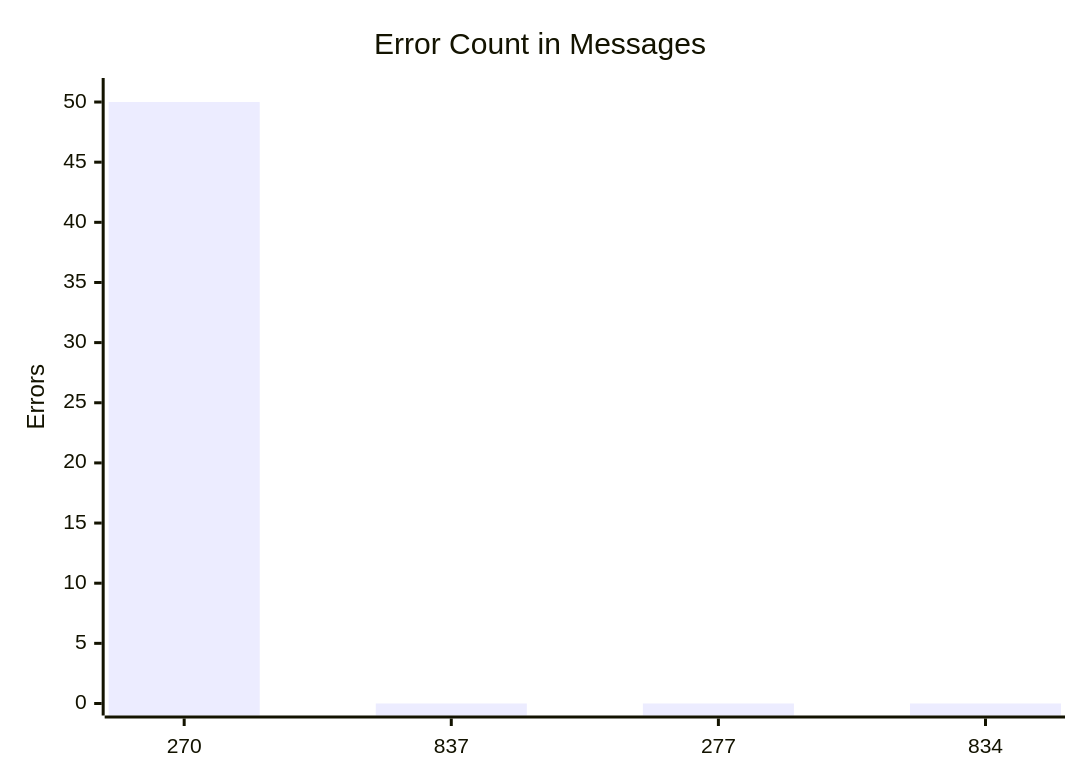
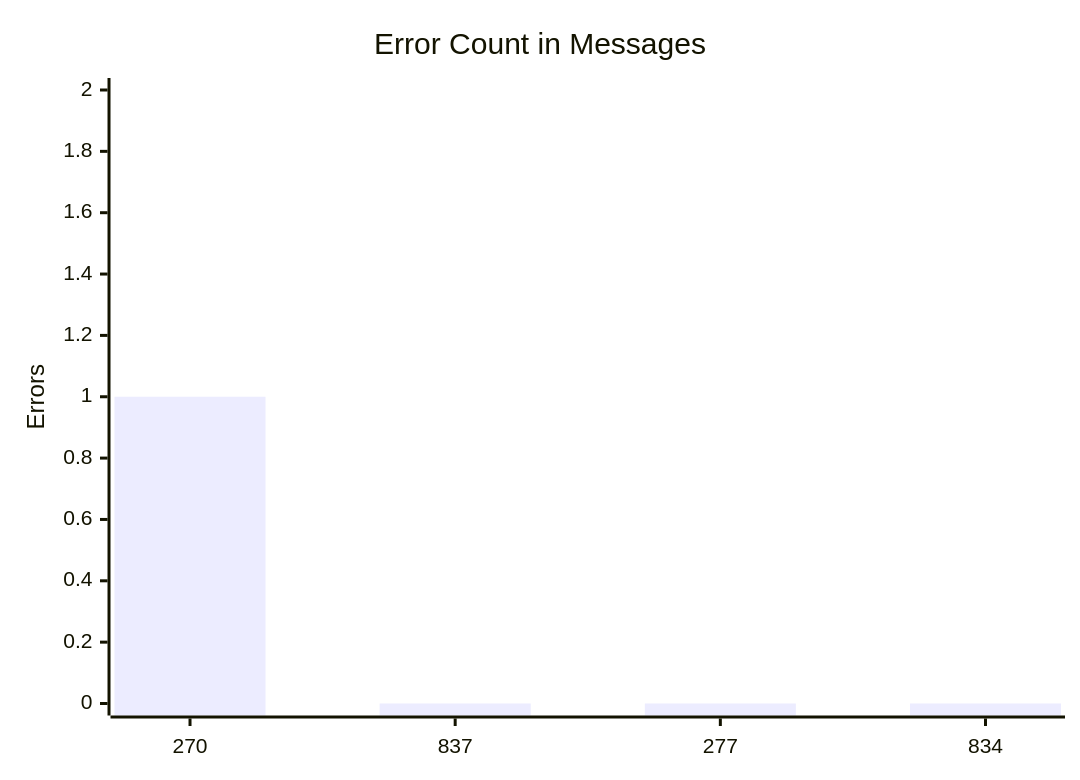
The third of 10 diagrams in test-tools/DataGen/src/Statistics_Visualizer.md (dhagan-va/intern-2025), drawn with Mermaid before and after one commit. The commit also changed other lines of this file and 3 other files, not shown here.

````diff
--- a/test-tools/DataGen/src/Statistics_Visualizer.md
+++ b/test-tools/DataGen/src/Statistics_Visualizer.md
@@ -39,7 +39,7 @@
 ```mermaid
 xychart-beta
     title "Error Count in Messages"
     x-axis ["270", "837", "277", "834"]
-    y-axis "Errors" 0 --> 51
-    bar [50, 0, 0, 0]
+    y-axis "Errors" 0 --> 2
+    bar [1, 0, 0, 0]
 ```
````
